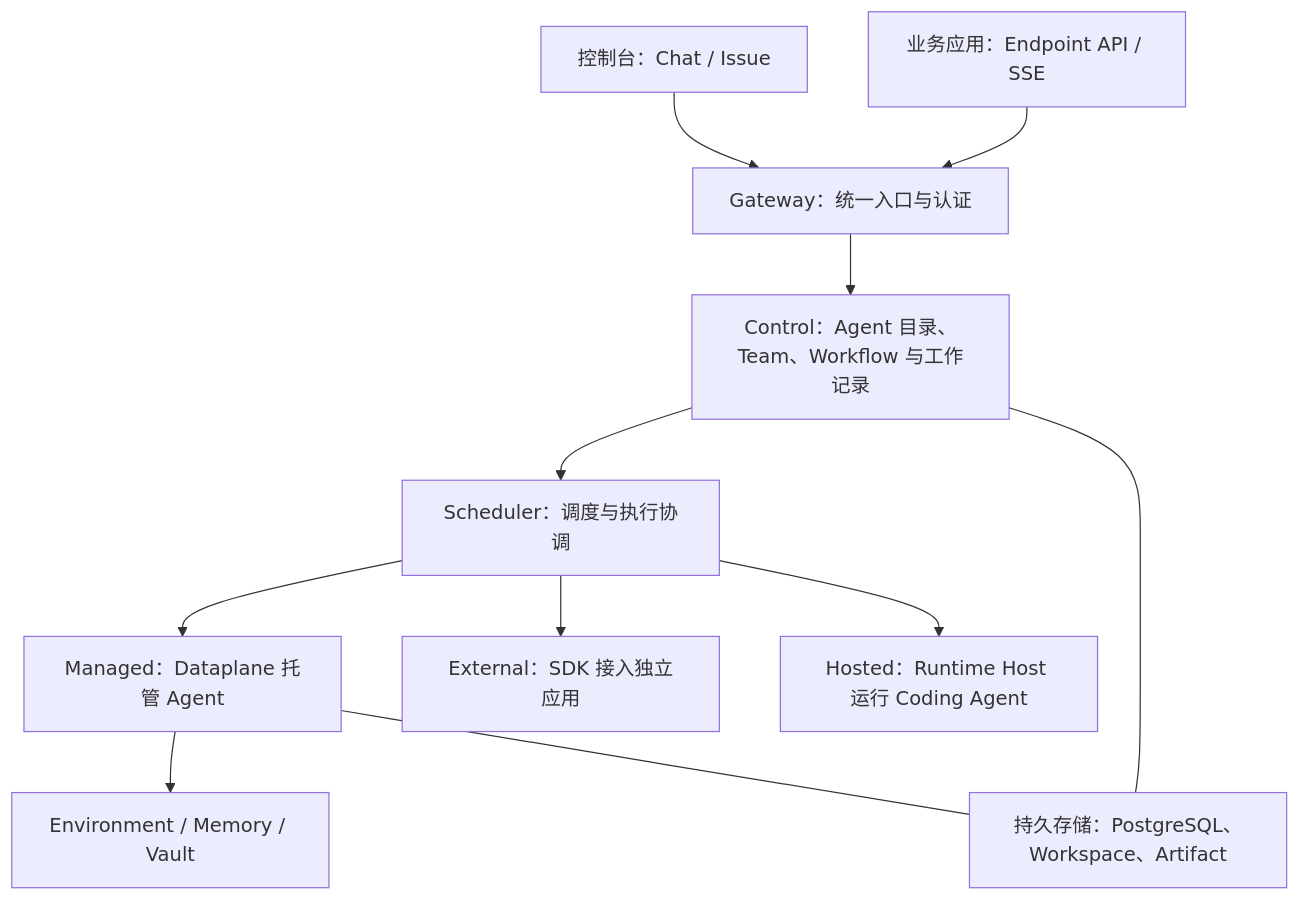
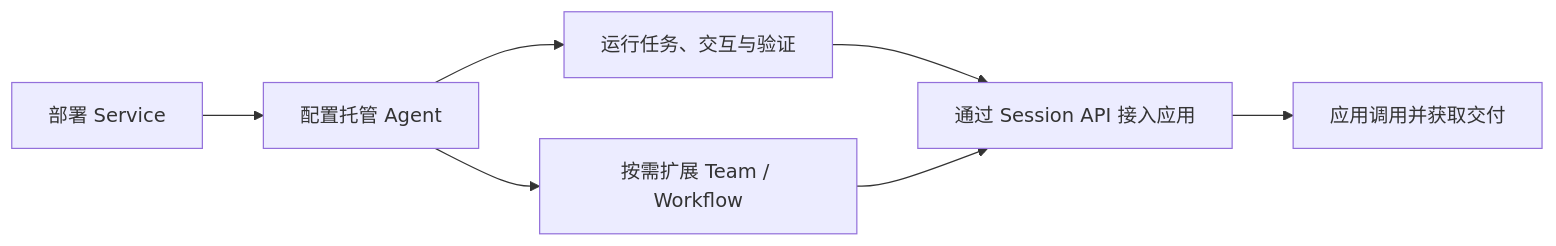
One commit to nexora-dev200/agentscope-java changed the diagram in docs/v2/zh/service/index.md. Above: the diagram before and after it, drawn with Mermaid. The commit also changed other lines of this file and 2424 other files, not shown here.

````diff
--- a/docs/v2/zh/service/index.md
+++ b/docs/v2/zh/service/index.md
@@ -14,13 +45,9 @@
 ```mermaid
-flowchart TB
-  U["控制台：Chat / Issue"] --> G["Gateway：统一入口与认证"]
-  A["业务应用：Endpoint API / SSE"] --> G
-  G --> C["Control：Agent 目录、Team、Workflow 与工作记录"]
-  C --> S["Scheduler：调度与执行协调"]
-  S --> M["Managed：Dataplane 托管 Agent"]
-  S --> E["External：SDK 接入独立应用"]
-  S --> H["Hosted：Runtime Host 运行 Coding Agent"]
-  M --> R["Environment / Memory / Vault"]
-  C --- P["持久存储：PostgreSQL、Workspace、Artifact"]
-  M --- P
+flowchart LR
+    D["部署 Service"] --> A["配置托管 Agent"]
+    A --> S["运行任务、交互与验证"]
+    S --> E["通过 Session API 接入应用"]
+    E --> B["应用调用并获取交付"]
+    A --> C["按需扩展 Team / Workflow"]
+    C --> E
 ```
````
